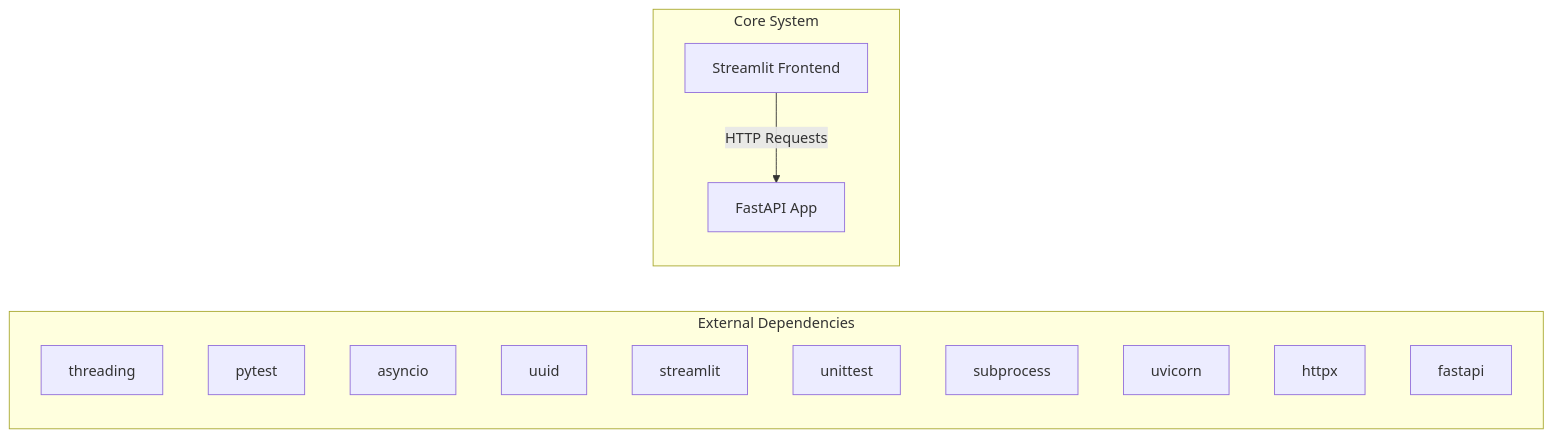
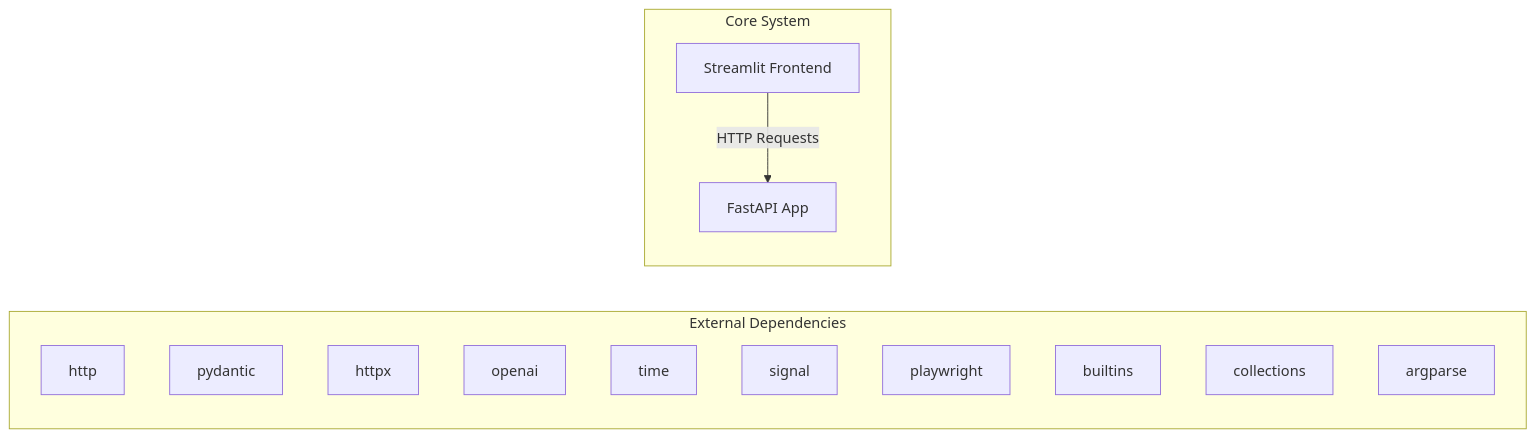
The first of 2 diagrams in docs/architecture.md (NITISH-R-G/rag-context-optimizer), drawn with Mermaid before and after one commit. The commit also changed 1 other file, not shown here.

Commit message:
docs: auto-update repository knowledge, architecture diagrams, and documentation

````diff
--- a/docs/architecture.md
+++ b/docs/architecture.md
@@ -7,20 +7,20 @@
 ```mermaid
 graph LR
     subgraph External Dependencies
-        E0["threading"]
-        E1["pytest"]
-        E2["asyncio"]
-        E3["uuid"]
-        E4["streamlit"]
-        E5["unittest"]
-        E6["subprocess"]
-        E7["uvicorn"]
-        E8["httpx"]
-        E9["fastapi"]
+        E0["http"]
+        E1["pydantic"]
+        E2["httpx"]
+        E3["openai"]
+        E4["time"]
+        E5["signal"]
+        E6["playwright"]
+        E7["builtins"]
+        E8["collections"]
+        E9["argparse"]
     end
     subgraph Core System
         API["FastAPI App"]
         UI["Streamlit Frontend"]
     end
     UI -->|HTTP Requests| API
 ```
````
